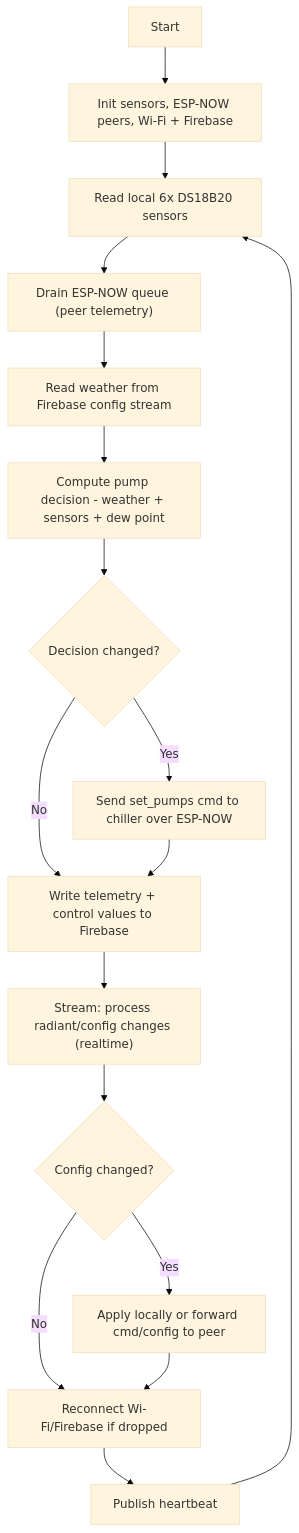
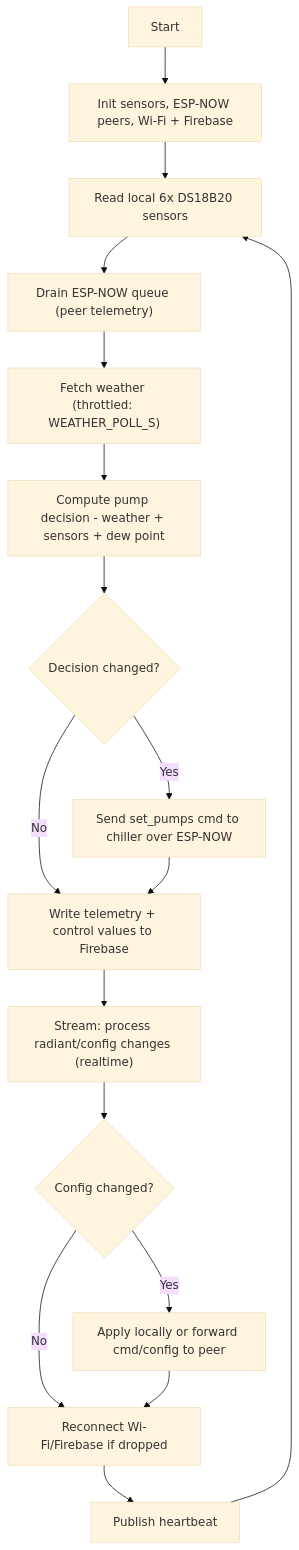
The first of 4 diagrams in docs/diagrams/flow-chart.md (qppd/radiant-cooling), drawn with Mermaid (base theme) before and after one commit. The commit also changed other lines of this file and 20 other files, not shown here.

````diff
--- a/docs/diagrams/flow-chart.md
+++ b/docs/diagrams/flow-chart.md
@@ -12,19 +12,19 @@
 ```mermaid
 flowchart TD
     A["Start"] --> B["Init sensors, ESP-NOW peers, Wi-Fi + Firebase"]
     B --> C["Read local 6x DS18B20 sensors"]
     C --> D["Drain ESP-NOW queue (peer telemetry)"]
-    D --> E["Read weather from Firebase config stream"]
+    D --> E["Fetch weather (throttled: WEATHER_POLL_S)"]
     E --> F["Compute pump decision - weather + sensors + dew point"]
     F --> G{"Decision changed?"}
     G -->|Yes| H["Send set_pumps cmd to chiller over ESP-NOW"]
     G -->|No| I["Write telemetry + control values to Firebase"]
     H --> I
     I --> J["Stream: process radiant/config changes (realtime)"]
     J --> K{"Config changed?"}
     K -->|Yes| L["Apply locally or forward cmd/config to peer"]
     K -->|No| M["Reconnect Wi-Fi/Firebase if dropped"]
     L --> M
     M --> N["Publish heartbeat"]
     N --> C
 ```
````
